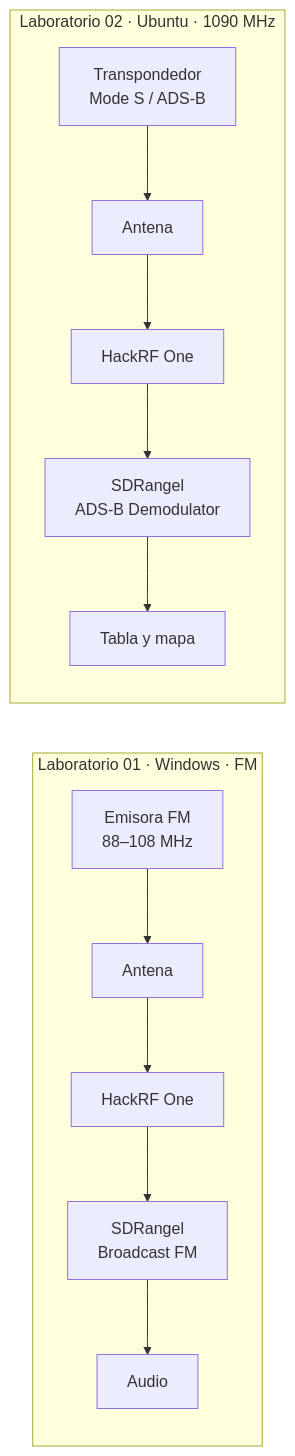
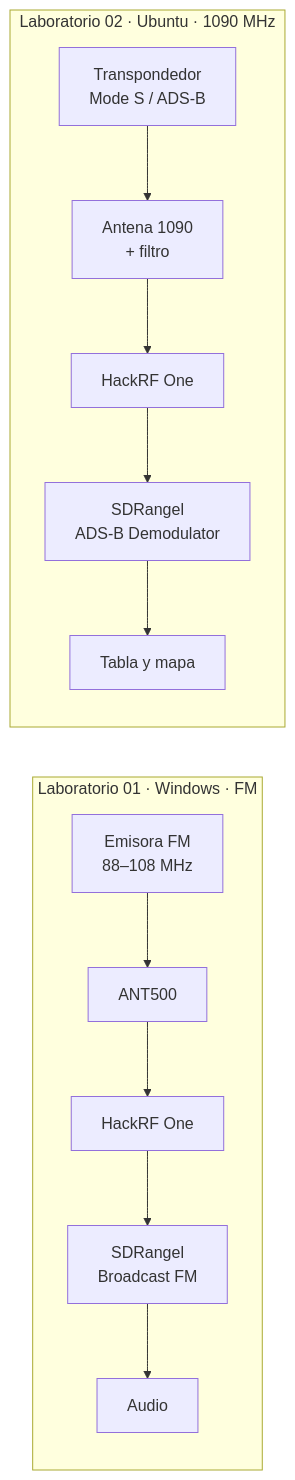
Before and after one commit to marcoteran/python-vigilancia-labs: the second of 2 diagrams in README.md, drawn with Mermaid. The commit also changed other lines of this file and 32 other files, not shown here.

````diff
--- a/README.md
+++ b/README.md
@@ -232,9 +243,9 @@
 ```mermaid
 flowchart LR
     subgraph L1["Laboratorio 01 · Windows · FM"]
-        E1["Emisora FM<br/>88–108 MHz"] --> A1["Antena"] --> H1["HackRF One"] --> S1["SDRangel<br/>Broadcast FM"] --> U1["Audio"]
+        E1["Emisora FM<br/>88–108 MHz"] --> A1["ANT500"] --> H1["HackRF One"] --> S1["SDRangel<br/>Broadcast FM"] --> U1["Audio"]
     end
     subgraph L2["Laboratorio 02 · Ubuntu · 1090 MHz"]
-        T2["Transpondedor<br/>Mode S / ADS-B"] --> A2["Antena"] --> H2["HackRF One"] --> S2["SDRangel<br/>ADS-B Demodulator"] --> M2["Tabla y mapa"]
+        T2["Transpondedor<br/>Mode S / ADS-B"] --> A2["Antena 1090<br/>+ filtro"] --> H2["HackRF One"] --> S2["SDRangel<br/>ADS-B Demodulator"] --> M2["Tabla y mapa"]
     end
 ```
````
